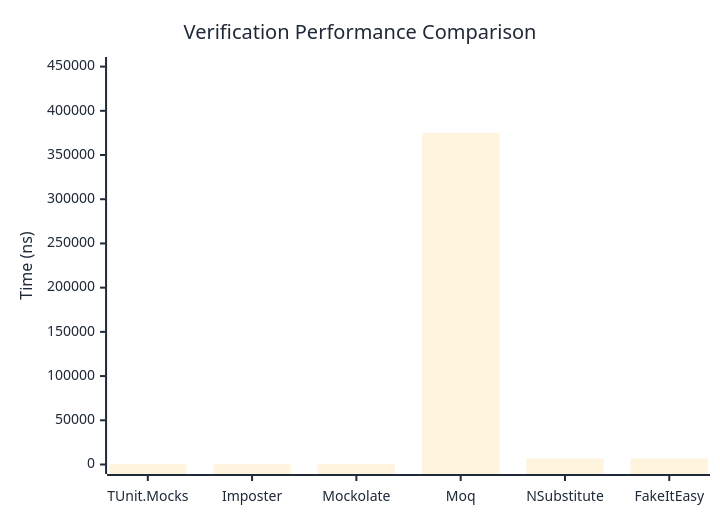
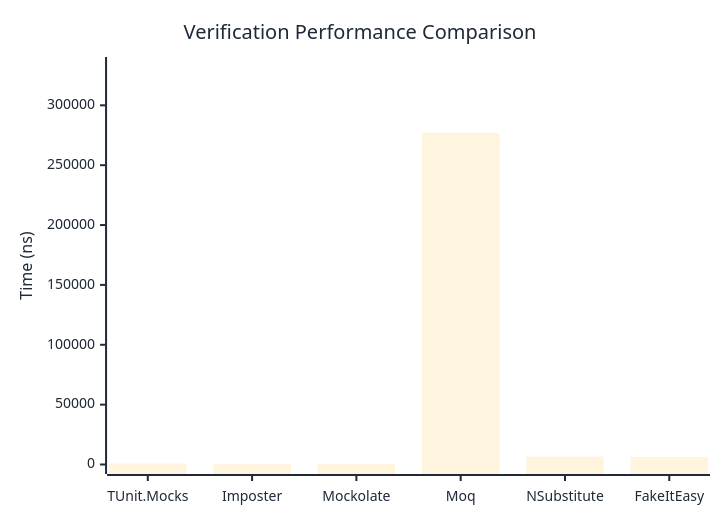
One commit to thomhurst/TUnit changed the first of 3 diagrams in docs/docs/benchmarks/mocks/Verification.md. Above: the diagram before and after it, drawn with Mermaid. The commit also changed other lines of this file and 14 other files, not shown here.

````diff
--- a/docs/docs/benchmarks/mocks/Verification.md
+++ b/docs/docs/benchmarks/mocks/Verification.md
@@ -30,27 +30,27 @@
 ```mermaid
 %%{init: {
   'theme':'base',
   'themeVariables': {
     'primaryColor': '#2563eb',
     'primaryTextColor': '#1f2937',
     'primaryBorderColor': '#1e40af',
     'lineColor': '#6b7280',
     'secondaryColor': '#7c3aed',
     'tertiaryColor': '#dc2626',
     'background': '#ffffff',
     'pie1': '#2563eb',
     'pie2': '#7c3aed',
     'pie3': '#dc2626',
     'pie4': '#f59e0b',
     'pie5': '#10b981',
     'pie6': '#06b6d4',
     'pie7': '#ec4899',
     'pie8': '#6366f1'
   }
 }}%%
 xychart-beta
   title "Verification Performance Comparison"
   x-axis ["TUnit.Mocks", "Imposter", "Mockolate", "Moq", "NSubstitute", "FakeItEasy"]
-  y-axis "Time (ns)" 0 --> 450104
-  bar [710.72, 250.47, 375.17, 375086.38, 6731.82, 6953.5]
+  y-axis "Time (ns)" 0 --> 332423
+  bar [736.37, 277.96, 389.24, 277018.99, 6573.57, 6287.98]
 ```
````
